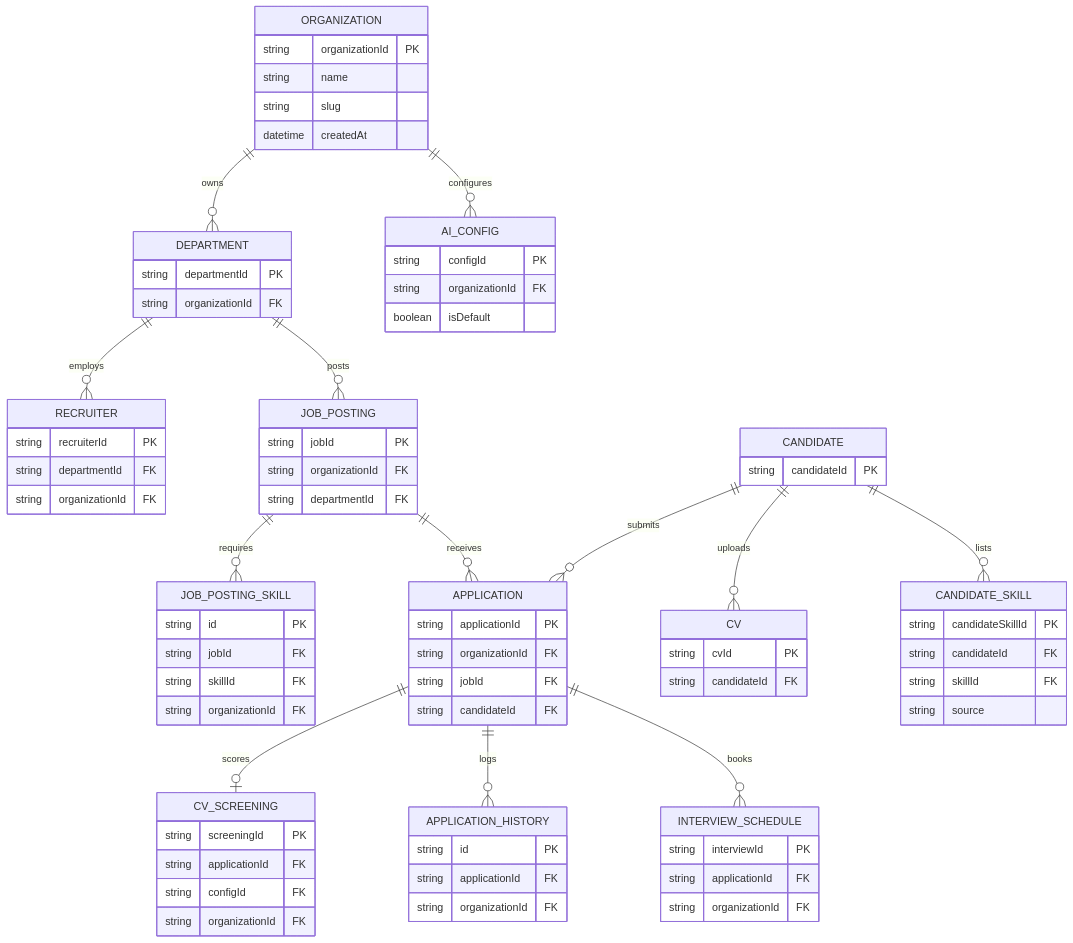
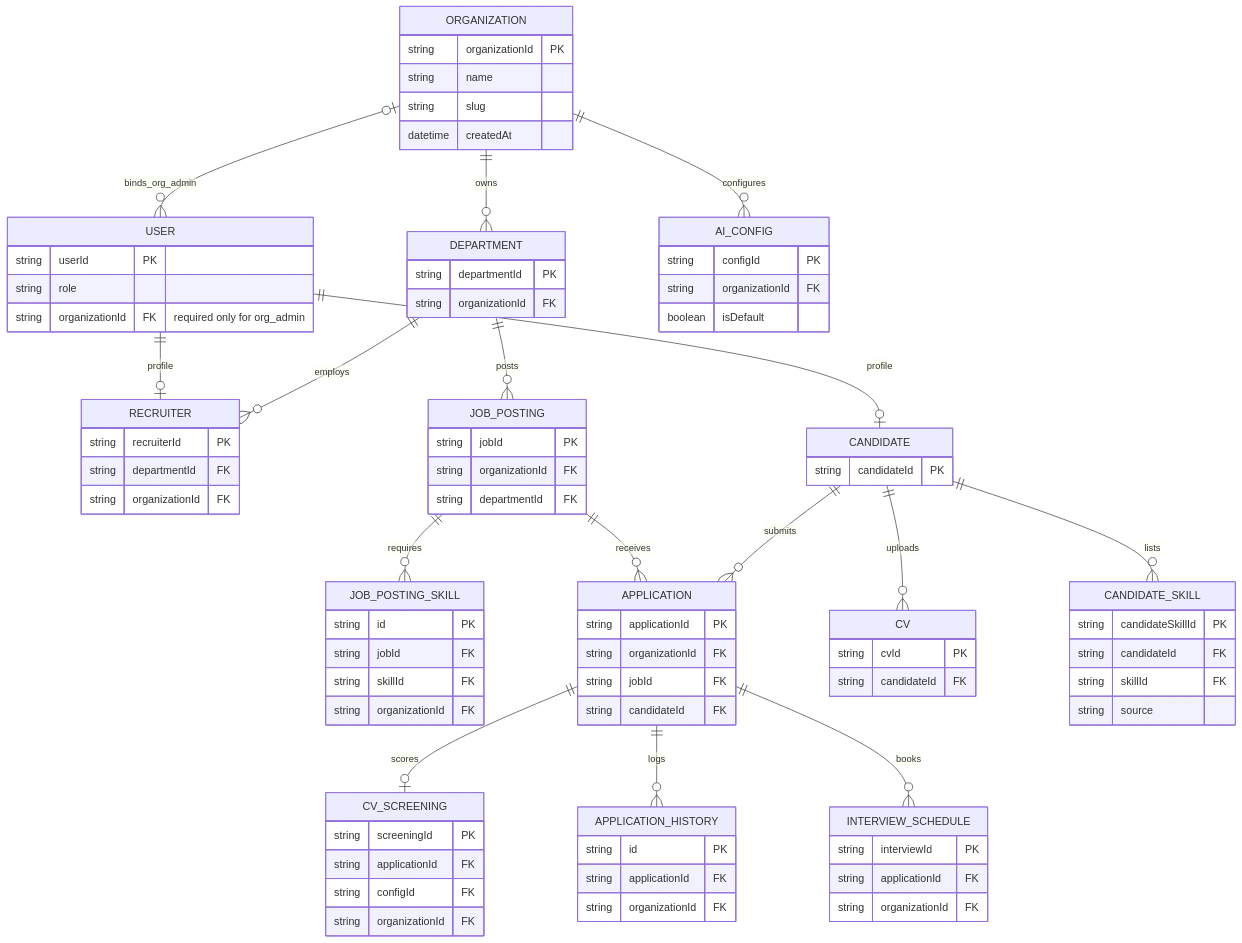
Before and after one commit to quangtienngo661/ats-platform: the diagram in docs/tasks/multi-tenant-isolation/module-spec-multi-tenant.md, drawn with Mermaid. The commit also changed other lines of this file and 51 other files, not shown here.

First line of the commit message:
docs: sync SRS, use cases, ERD and architecture with the multi-tenant model

````diff
--- a/docs/tasks/multi-tenant-isolation/module-spec-multi-tenant.md
+++ b/docs/tasks/multi-tenant-isolation/module-spec-multi-tenant.md
@@ -148,5 +148,13 @@
 ```mermaid
 erDiagram
+    ORGANIZATION o|--o{ USER : binds_org_admin
+    USER ||--o| RECRUITER : profile
+    USER ||--o| CANDIDATE : profile
+    USER {
+        string userId PK
+        string role
+        string organizationId FK "required only for org_admin"
+    }
     ORGANIZATION ||--o{ DEPARTMENT : owns
     ORGANIZATION ||--o{ AI_CONFIG : configures
     DEPARTMENT ||--o{ RECRUITER : employs
````
